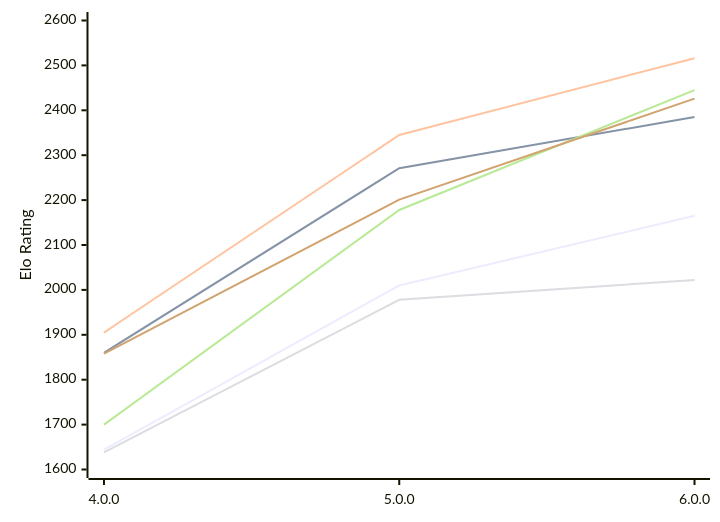
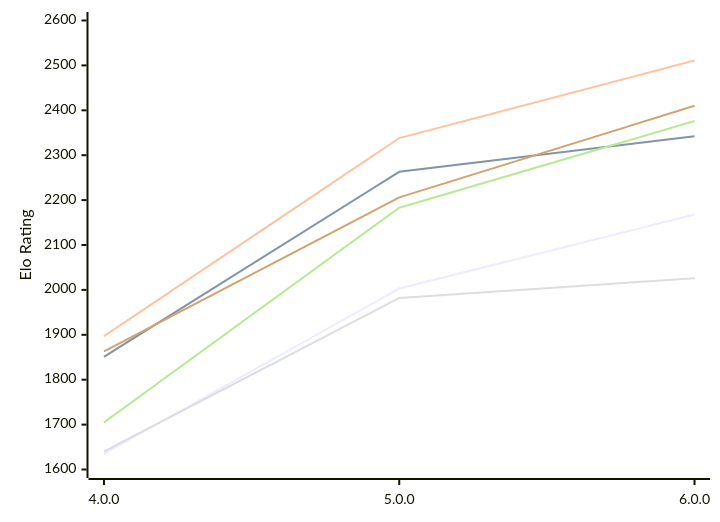
One commit to computer-chess-index/cci changed the first of 2 diagrams in engines/Laura.md. Above: the diagram before and after it, drawn with Mermaid. The commit also changed other lines of this file, not shown here.

Commit message:
Update CCI Ratings (ELO VLTC) - 2026-11-18

````diff
--- a/engines/Laura.md
+++ b/engines/Laura.md
@@ -54,12 +54,12 @@
 ```mermaid
 %%{init: {"theme":"base","themeVariables":{"seriesColors:['#a3a3a3','#222221','#faa371']}}}%%
 xychart-beta
   x-axis ["4.0.0", "5.0.0", "6.0.0"]
   y-axis "Elo Rating" 1600 --> 2600
-  line "E1: STC (8.0+0.08s)" [1644, 2010, 2165]
-  line "E1: LTC (60.0+0.60s)" [1860, 2271, 2385]
-  line "E1: VLTC (2m24s+1.12s)" [1905, 2345, 2516]
-  line "P1: STC (8.0+0.08s)" [1638, 1978, 2022]
-  line "P1: LTC (60.0+0.60s)" [1700, 2178, 2445]
-  line "P1: VLTC (2m24s+1.12s)" [1858, 2201, 2426]
+  line "E1: STC (8.0+0.08s)" [1635, 2003, 2168]
+  line "E1: LTC (60.0+0.60s)" [1851, 2263, 2342]
+  line "E1: VLTC (2m24s+1.12s)" [1897, 2338, 2511]
+  line "P1: STC (8.0+0.08s)" [1640, 1982, 2026]
+  line "P1: LTC (60.0+0.60s)" [1705, 2183, 2376]
+  line "P1: VLTC (2m24s+1.12s)" [1863, 2206, 2410]
 ```
````
